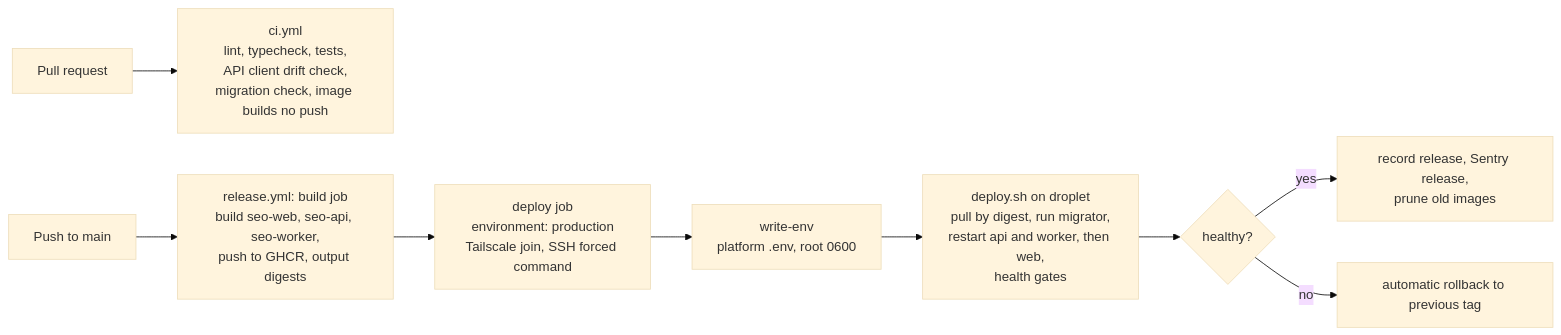
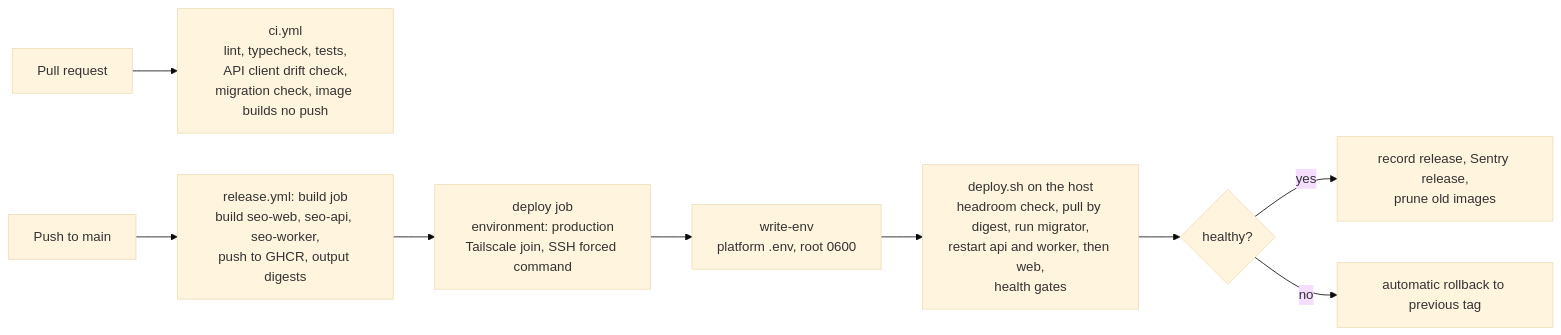
The second of 2 diagrams in docs/22-infrastructure-devops.md (digibranders/idraft), drawn with Mermaid (base theme) before and after one commit. The commit also changed other lines of this file and 36 other files, not shown here.

````diff
--- a/docs/22-infrastructure-devops.md
+++ b/docs/22-infrastructure-devops.md
@@ -995,11 +1079,11 @@
 ```mermaid
 flowchart LR
     pr[Pull request] --> ci[ci.yml<br/>lint, typecheck, tests,<br/>API client drift check,<br/>migration check, image builds no push]
     main[Push to main] --> rel[release.yml: build job<br/>build seo-web, seo-api, seo-worker,<br/>push to GHCR, output digests]
     rel --> dep[deploy job<br/>environment: production<br/>Tailscale join, SSH forced command]
     dep --> env[write-env<br/>platform .env, root 0600]
-    env --> host[deploy.sh on droplet<br/>pull by digest, run migrator,<br/>restart api and worker, then web,<br/>health gates]
+    env --> host[deploy.sh on the host<br/>headroom check, pull by digest, run migrator,<br/>restart api and worker, then web,<br/>health gates]
     host --> ok{healthy?}
     ok -- yes --> done[record release, Sentry release,<br/>prune old images]
     ok -- no --> rb[automatic rollback to previous tag]
 ```
````
